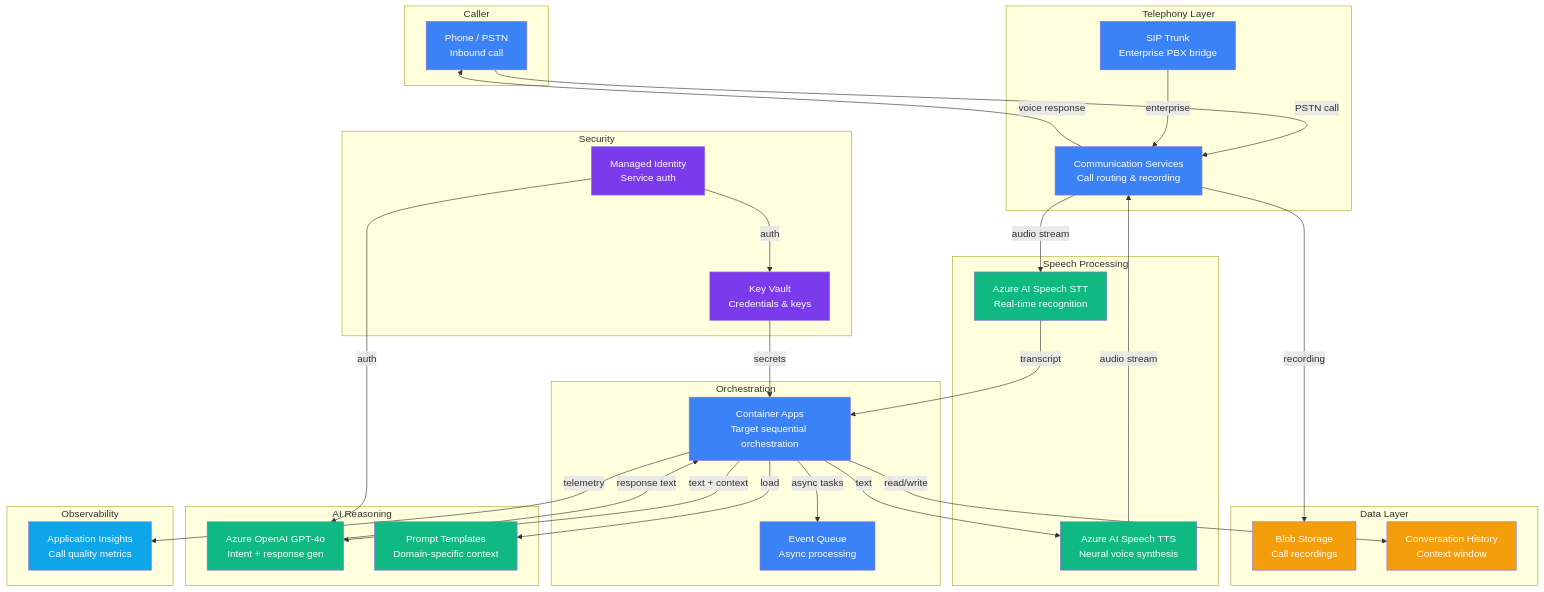
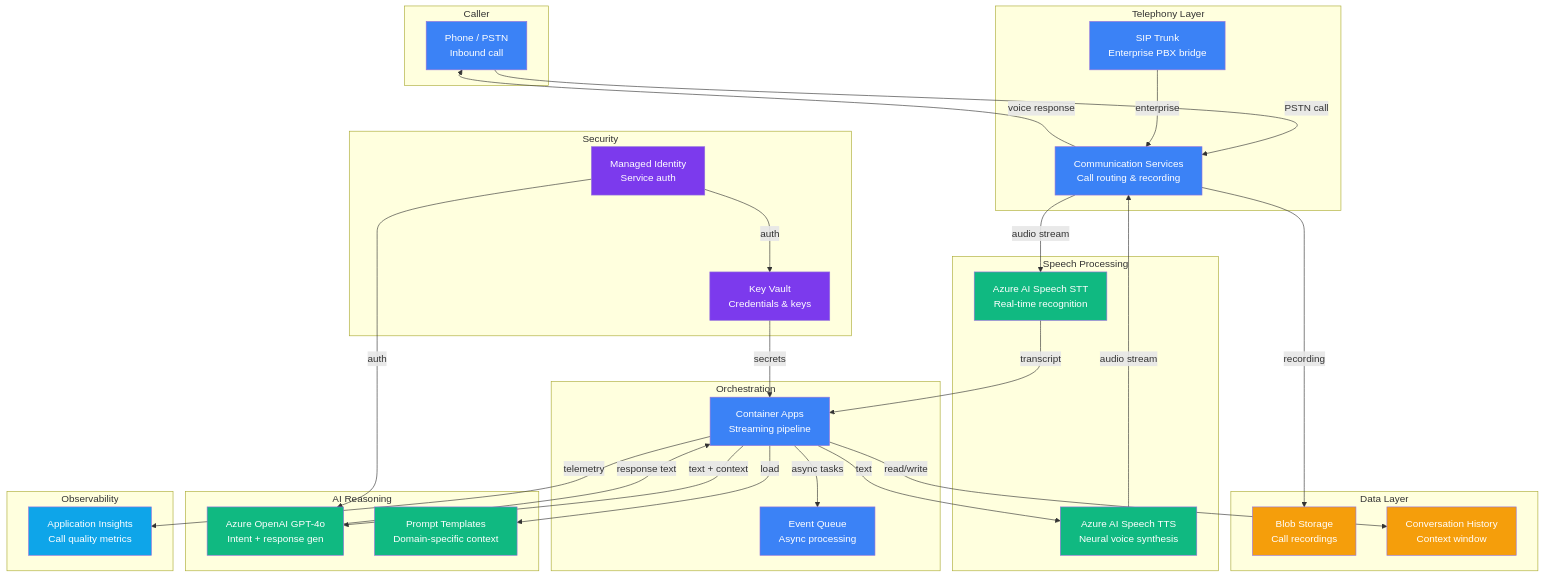
One commit to frootai/frootai changed the diagram in solution-plays/04-call-center-voice-ai/README.md. Above: the diagram before and after it, drawn with Mermaid. The commit also changed other lines of this file and 108 other files, not shown here.

````diff
--- a/solution-plays/04-call-center-voice-ai/README.md
+++ b/solution-plays/04-call-center-voice-ai/README.md
@@ -25,73 +25,73 @@
 ```mermaid
 graph TB
     subgraph Caller["Caller"]
         PHONE[Phone / PSTN<br/>Inbound call]
     end
 
     subgraph Telephony["Telephony Layer"]
         ACS[Communication Services<br/>Call routing & recording]
         SIP[SIP Trunk<br/>Enterprise PBX bridge]
     end
 
     subgraph Speech["Speech Processing"]
         STT[Azure AI Speech STT<br/>Real-time recognition]
         TTS[Azure AI Speech TTS<br/>Neural voice synthesis]
     end
 
     subgraph AI["AI Reasoning"]
         AOAI[Azure OpenAI GPT-4o<br/>Intent + response gen]
         PROMPT[Prompt Templates<br/>Domain-specific context]
     end
 
     subgraph Pipeline["Orchestration"]
-        ORCH[Container Apps<br/>Target sequential orchestration]
+        ORCH[Container Apps<br/>Streaming pipeline]
         QUEUE[Event Queue<br/>Async processing]
     end
 
     subgraph Storage["Data Layer"]
         BLOB[Blob Storage<br/>Call recordings]
         HIST[Conversation History<br/>Context window]
     end
 
     subgraph Security["Security"]
         KV[Key Vault<br/>Credentials & keys]
         MI[Managed Identity<br/>Service auth]
     end
 
     subgraph Monitoring["Observability"]
         AI_INS[Application Insights<br/>Call quality metrics]
     end
 
     PHONE -->|PSTN call| ACS
     ACS -->|audio stream| STT
     SIP -->|enterprise| ACS
     STT -->|transcript| ORCH
     ORCH -->|text + context| AOAI
     AOAI -->|response text| ORCH
     ORCH -->|text| TTS
     TTS -->|audio stream| ACS
     ACS -->|voice response| PHONE
     ORCH -->|load| PROMPT
     ORCH -->|read/write| HIST
     ACS -->|recording| BLOB
     ORCH -->|async tasks| QUEUE
     MI -->|auth| AOAI
     MI -->|auth| KV
     KV -->|secrets| ORCH
     ORCH -->|telemetry| AI_INS
 
     style PHONE fill:#3b82f6,color:#fff
     style ACS fill:#3b82f6,color:#fff
     style SIP fill:#3b82f6,color:#fff
     style STT fill:#10b981,color:#fff
     style TTS fill:#10b981,color:#fff
     style AOAI fill:#10b981,color:#fff
     style PROMPT fill:#10b981,color:#fff
     style ORCH fill:#3b82f6,color:#fff
     style QUEUE fill:#3b82f6,color:#fff
     style BLOB fill:#f59e0b,color:#fff
     style HIST fill:#f59e0b,color:#fff
     style KV fill:#7c3aed,color:#fff
     style MI fill:#7c3aed,color:#fff
     style AI_INS fill:#0ea5e9,color:#fff
 ```
````
